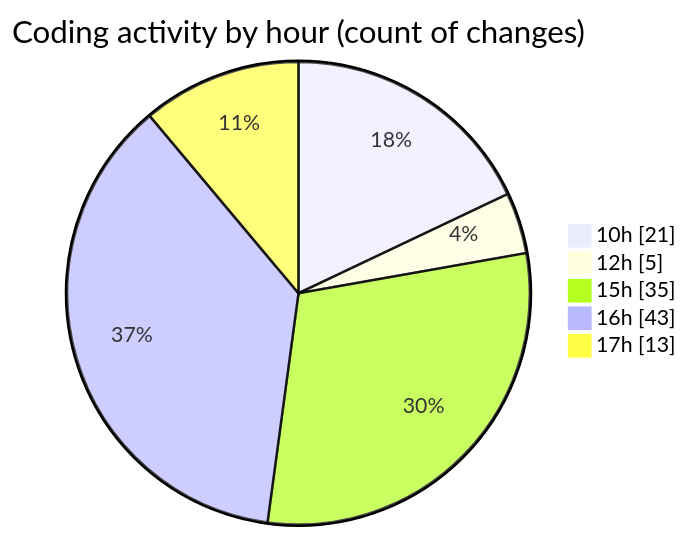
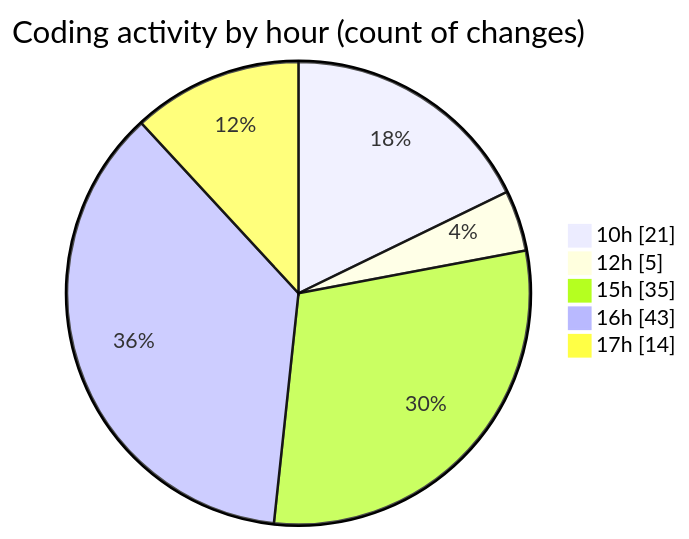
One commit to momahboobian/code-tracking changed the second of 2 diagrams in 2025-08-27/cda/README.md. Above: the diagram before and after it, drawn with Mermaid. The commit also changed other lines of this file and 1 other file, not shown here.

````diff
--- a/2025-08-27/cda/README.md
+++ b/2025-08-27/cda/README.md
@@ -43,9 +43,9 @@
 ```mermaid
 pie showData
 title Coding activity by hour (count of changes)
 "10h" : 21
 "12h" : 5
 "15h" : 35
 "16h" : 43
-"17h" : 13
+"17h" : 14
 ```
````
